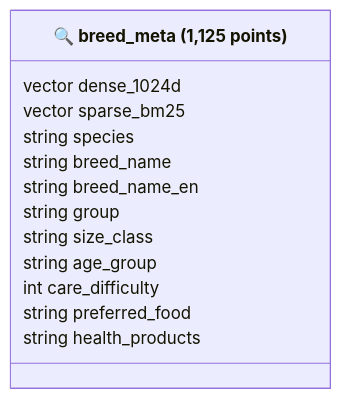
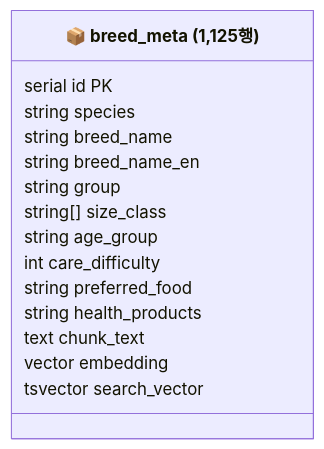
One commit to skn-ai22-251029/SKN22-Final-2Team-WEB changed the third of 3 diagrams in docs/domain/02_domain_rag_pipeline.md. Above: the diagram before and after it, drawn with Mermaid. The commit also changed other lines of this file and 13 other files, not shown here.

First line of the commit message:
feat(products): Qdrant → pgvector 마이그레이션 — Dense + Kiwi tsvector Hybrid Search

````diff
--- a/docs/domain/02_domain_rag_pipeline.md
+++ b/docs/domain/02_domain_rag_pipeline.md
@@ -132,16 +137,18 @@
 ```mermaid
 classDiagram
-    class BreedMeta["🔍 breed_meta (1,125 points)"] {
-        vector  dense_1024d
-        vector  sparse_bm25
+    class BreedMeta["📦 breed_meta (1,125행)"] {
+        serial  id  PK
         string  species
         string  breed_name
         string  breed_name_en
         string  group
-        string  size_class
+        string[]  size_class
         string  age_group
         int     care_difficulty
         string  preferred_food
         string  health_products
+        text    chunk_text
+        vector  embedding
+        tsvector search_vector
     }
 ```
````
